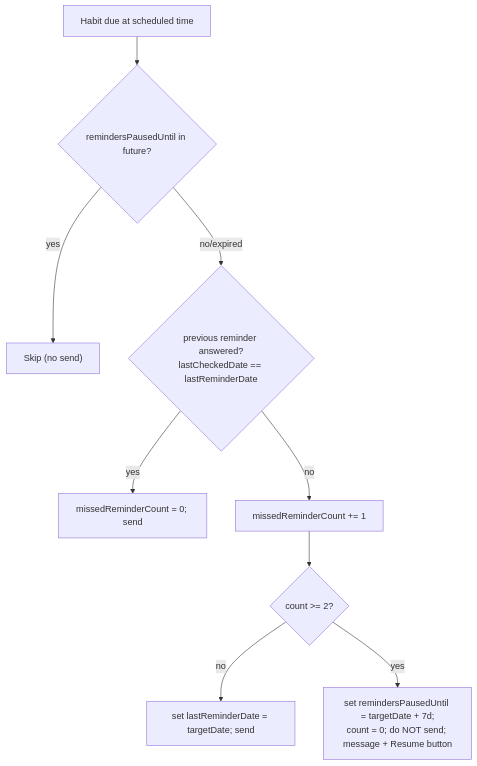
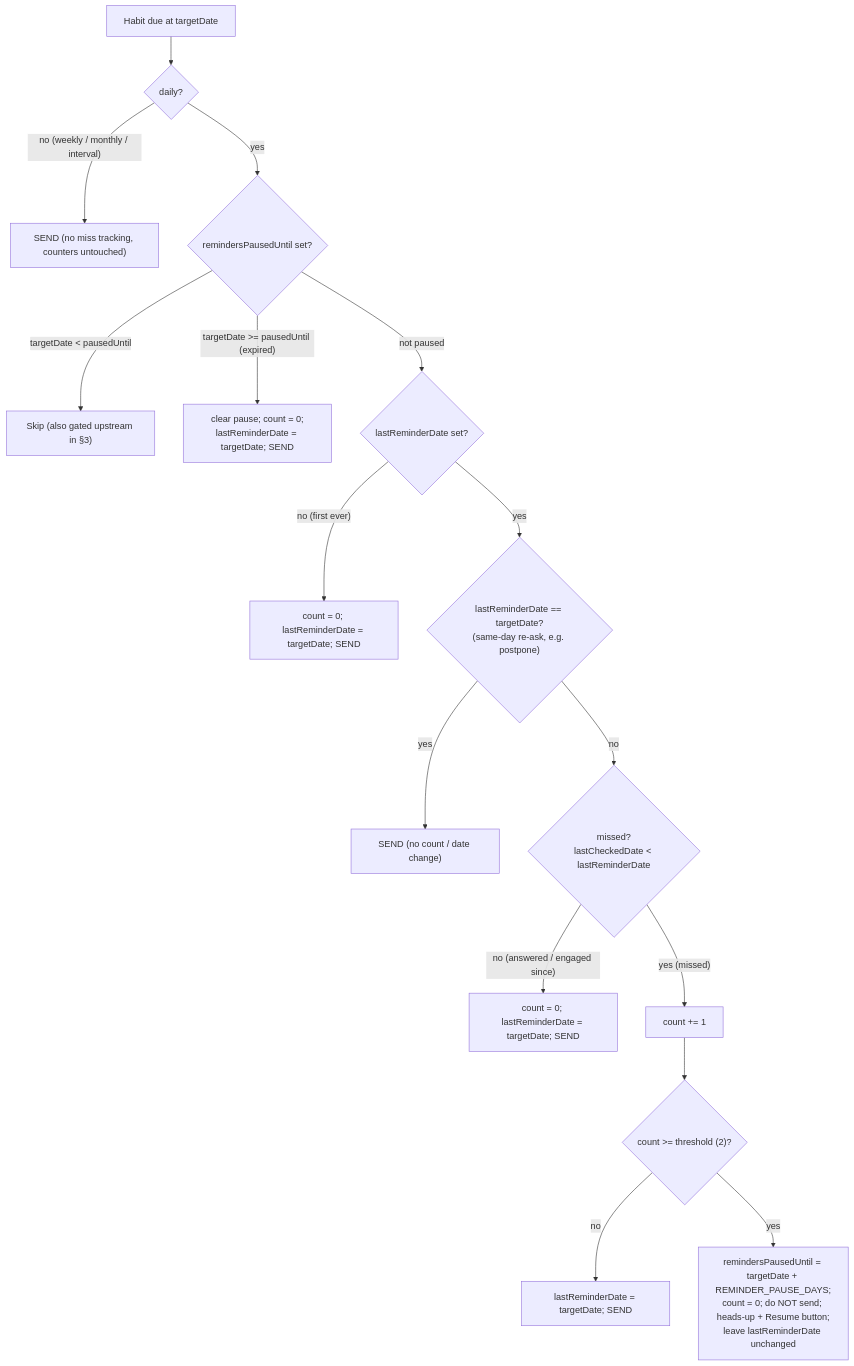
Before and after one commit to Skrpk/habits-tracker-tg: the diagram in .cursor/plans/auto-pause_ignored_reminders_3ea5ba97.plan.md, drawn with Mermaid. The commit also changed other lines of this file and 14 other files, not shown here.

Commit message:
Auto-pause reminders after 2 ignored in a row

````diff
--- a/.cursor/plans/auto-pause_ignored_reminders_3ea5ba97.plan.md
+++ b/.cursor/plans/auto-pause_ignored_reminders_3ea5ba97.plan.md
@@ -43,11 +48,18 @@
 ```mermaid
 flowchart TD
-  Due["Habit due at scheduled time"] --> Paused{"remindersPausedUntil in future?"}
-  Paused -->|yes| Skip["Skip (no send)"]
-  Paused -->|no/expired| Miss{"previous reminder answered?<br/>lastCheckedDate == lastReminderDate"}
-  Miss -->|yes| Reset["missedReminderCount = 0; send"]
-  Miss -->|no| Inc["missedReminderCount += 1"]
-  Inc --> Thresh{"count >= 2?"}
-  Thresh -->|no| Send["set lastReminderDate = targetDate; send"]
-  Thresh -->|yes| Pause["set remindersPausedUntil = targetDate + 7d;<br/>count = 0; do NOT send; message + Resume button"]
+  Due["Habit due at targetDate"] --> Elig{"daily?"}
+  Elig -->|"no (weekly / monthly / interval)"| SendPlain["SEND (no miss tracking, counters untouched)"]
+  Elig -->|yes| Paused{"remindersPausedUntil set?"}
+  Paused -->|"targetDate &lt; pausedUntil"| Skip["Skip (also gated upstream in §3)"]
+  Paused -->|"targetDate &gt;= pausedUntil (expired)"| Resume["clear pause; count = 0;<br/>lastReminderDate = targetDate; SEND"]
+  Paused -->|"not paused"| First{"lastReminderDate set?"}
+  First -->|"no (first ever)"| Send0["count = 0; lastReminderDate = targetDate; SEND"]
+  First -->|yes| Same{"lastReminderDate == targetDate?<br/>(same-day re-ask, e.g. postpone)"}
+  Same -->|yes| ReSend["SEND (no count / date change)"]
+  Same -->|no| Miss{"missed?<br/>lastCheckedDate &lt; lastReminderDate"}
+  Miss -->|"no (answered / engaged since)"| Reset["count = 0; lastReminderDate = targetDate; SEND"]
+  Miss -->|"yes (missed)"| Inc["count += 1"]
+  Inc --> Thresh{"count &gt;= threshold (2)?"}
+  Thresh -->|no| Send["lastReminderDate = targetDate; SEND"]
+  Thresh -->|yes| Pause["remindersPausedUntil = targetDate + REMINDER_PAUSE_DAYS;<br/>count = 0; do NOT send; heads-up + Resume button;<br/>leave lastReminderDate unchanged"]
 ```
````
